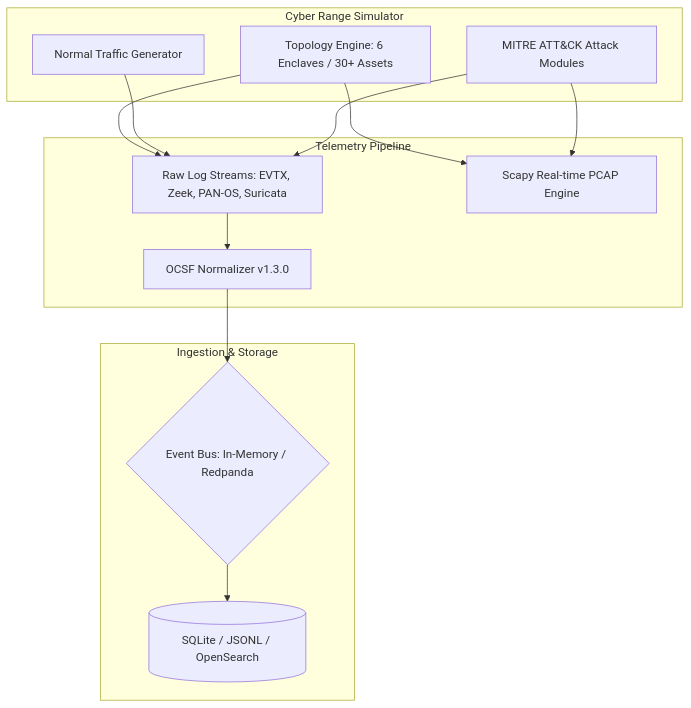
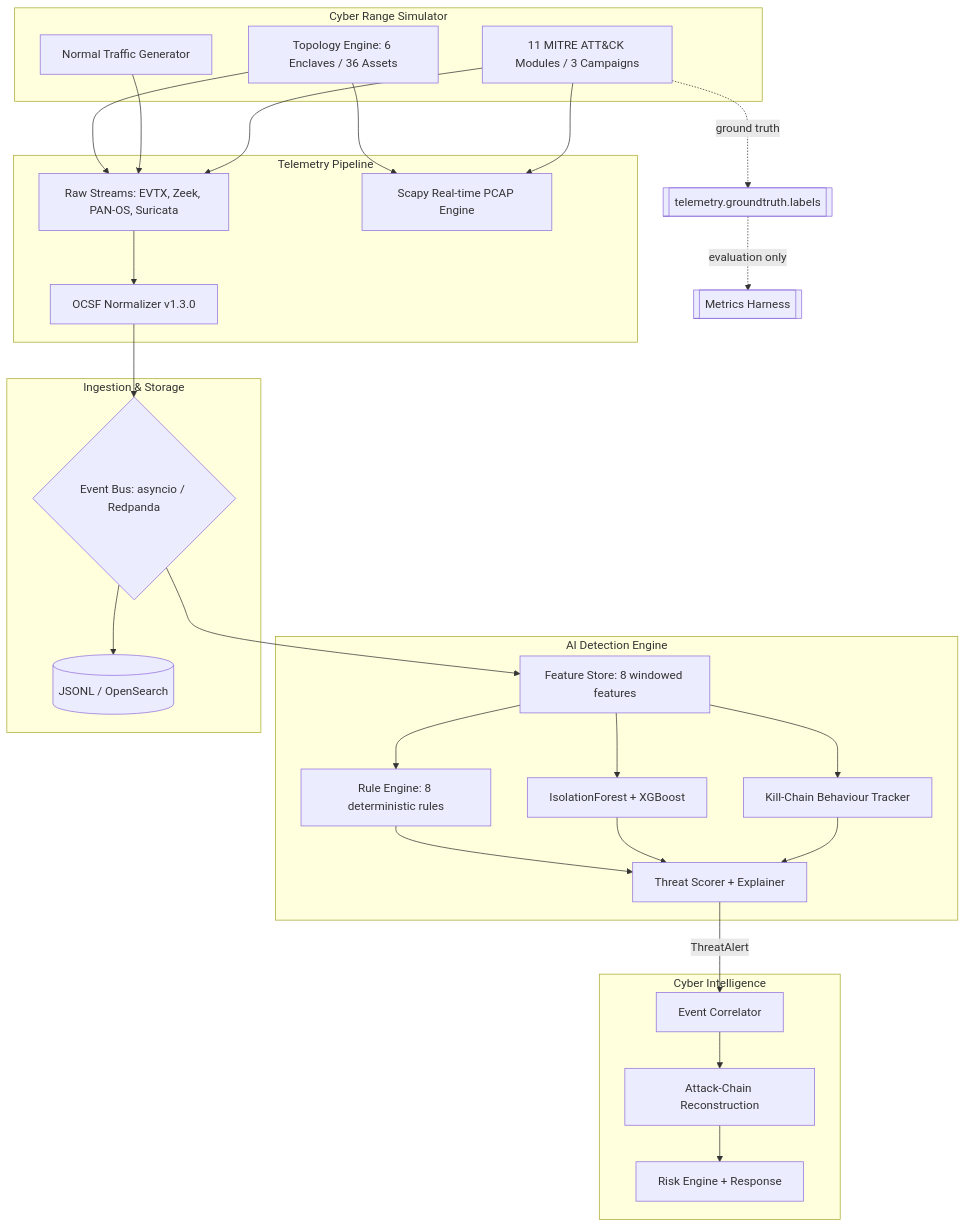
The diagram in README.md (nayefsiddique-eng/Cyber-Defense-for-Military-Networks), drawn with Mermaid before and after one commit. The commit also changed other lines of this file, not shown here.

Commit message:
[docs] Readme update - documents detection engine + dataset & eval results.

````diff
--- a/README.md
+++ b/README.md
@@ -29,24 +34,43 @@
 ```mermaid
 flowchart TB
-    subgraph Range Engine["Cyber Range Simulator"]
-        Topo[Topology Engine: 6 Enclaves / 30+ Assets]
+    subgraph Range["Cyber Range Simulator"]
+        Topo[Topology Engine: 6 Enclaves / 36 Assets]
         Norm[Normal Traffic Generator]
-        Attack[MITRE ATT&CK Attack Modules]
+        Attack[11 MITRE ATT&CK Modules / 3 Campaigns]
     end
 
     subgraph Telemetry["Telemetry Pipeline"]
-        Raw[Raw Log Streams: EVTX, Zeek, PAN-OS, Suricata]
+        Raw[Raw Streams: EVTX, Zeek, PAN-OS, Suricata]
         PCAP[Scapy Real-time PCAP Engine]
         OCSF[OCSF Normalizer v1.3.0]
     end
 
+    subgraph Detect["AI Detection Engine"]
+        Feat[Feature Store: 8 windowed features]
+        Rules[Rule Engine: 8 deterministic rules]
+        ML[IsolationForest + XGBoost]
+        Behav[Kill-Chain Behaviour Tracker]
+        Score[Threat Scorer + Explainer]
+    end
+
+    subgraph Intel["Cyber Intelligence"]
+        Corr[Event Correlator]
+        Chain[Attack-Chain Reconstruction]
+        Risk[Risk Engine + Response]
+    end
+
     subgraph Pipeline["Ingestion & Storage"]
-        Bus{Event Bus: In-Memory / Redpanda}
-        Store[(SQLite / JSONL / OpenSearch)]
+        Bus{Event Bus: asyncio / Redpanda}
+        Store[(JSONL / OpenSearch)]
     end
 
     Topo --> Raw & PCAP
     Norm --> Raw
     Attack --> Raw & PCAP
-    Raw --> OCSF --> Bus --> Store
+    Attack -.ground truth.-> GT[[telemetry.groundtruth.labels]]
+    Raw --> OCSF --> Bus
+    Bus --> Store
+    Bus --> Feat --> Rules & ML & Behav --> Score
+    Score -->|ThreatAlert| Corr --> Chain --> Risk
+    GT -.evaluation only.-> Metrics[[Metrics Harness]]
 ```
````
